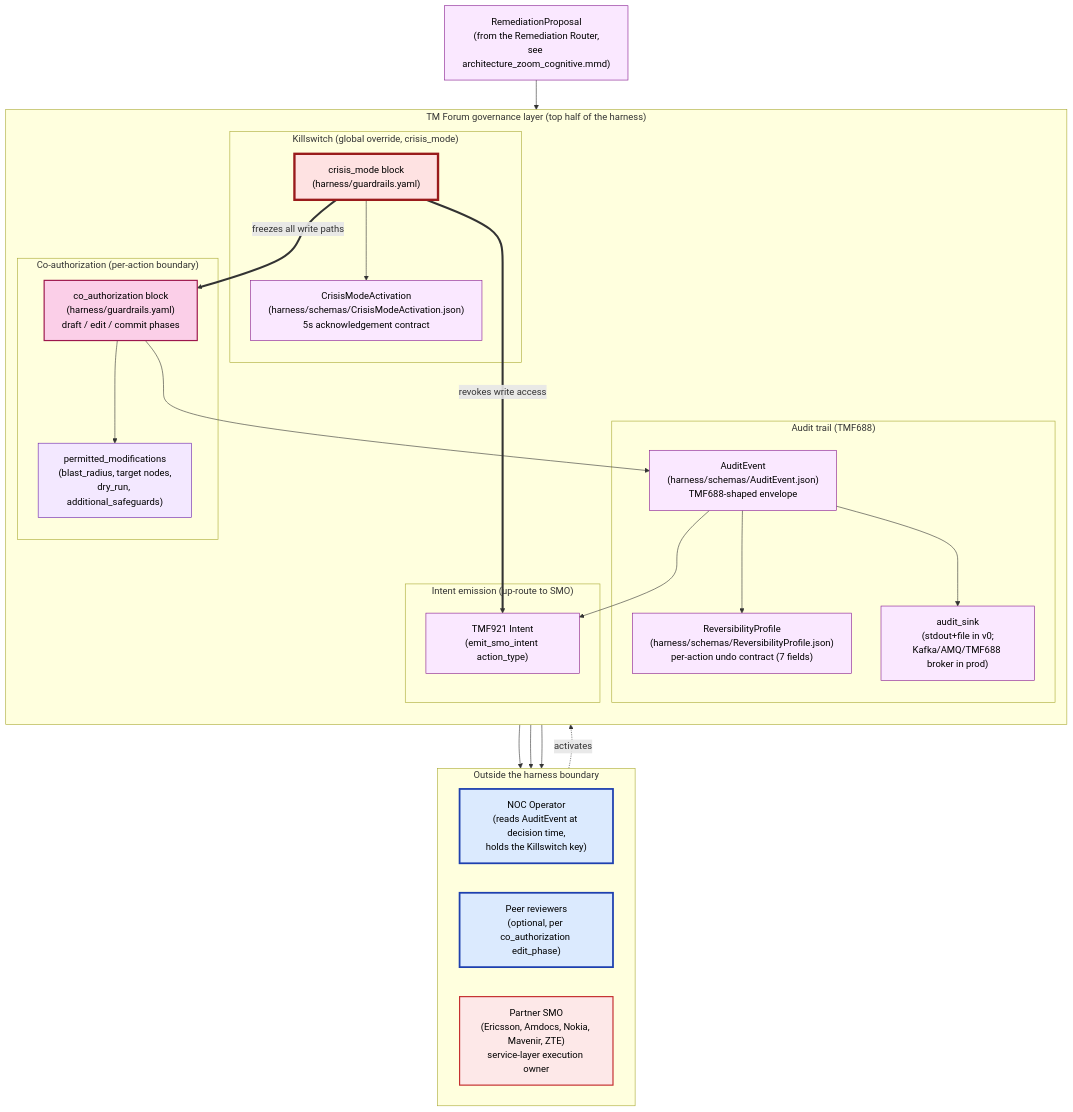
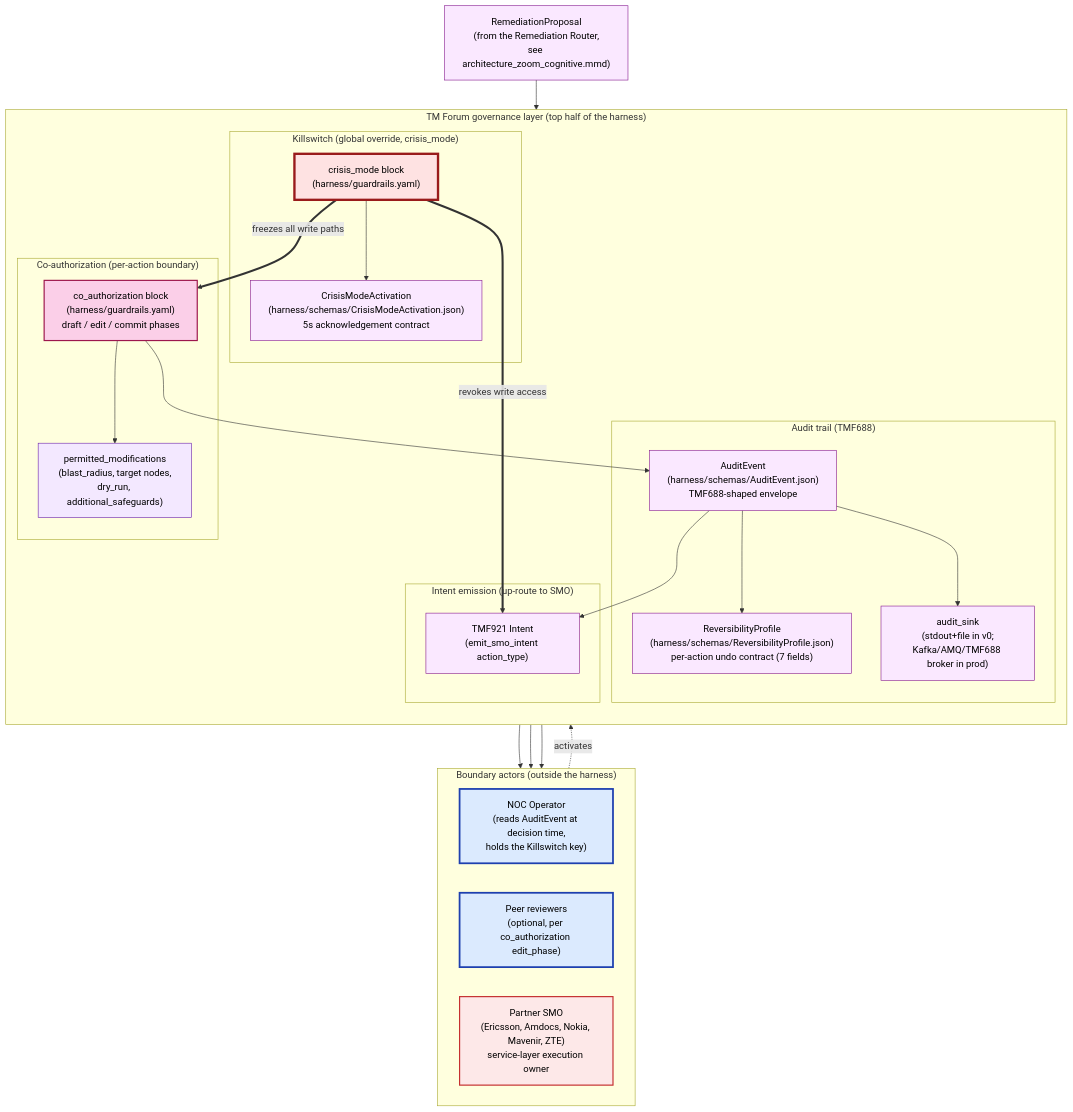
One commit to dkypuros/oran-agent-harness changed the diagram in talk/architecture_zoom_governance.mmd. Above: the diagram before and after it, drawn with Mermaid. The commit also changed 3 other files, not shown here.

```diff
--- a/talk/architecture_zoom_governance.mmd
+++ b/talk/architecture_zoom_governance.mmd
@@ -1,66 +1,66 @@
 %% architecture_zoom_governance.mmd
 %% Companion zoom diagram to talk/architecture.mmd (the macro view).
 %% Top half of the closed-loop system: TM Forum governance plus the human boundary.
 %% Covers TMF688 audit, Reversibility Profile, co-authorization, and the Killswitch (crisis_mode).
 %% Read alongside: talk/trust_loop.md, talk/killswitch.md, talk/oda_mapping.md.
 
 flowchart TB
 
-    subgraph Outside["Outside the harness boundary"]
+    subgraph Boundary["Boundary actors (outside the harness)"]
         direction LR
         Operator["NOC Operator<br/>(reads AuditEvent at decision time,<br/>holds the Killswitch key)"]:::human
         Peers["Peer reviewers<br/>(optional, per co_authorization edit_phase)"]:::human
         SMO["Partner SMO<br/>(Ericsson, Amdocs, Nokia, Mavenir, ZTE)<br/>service-layer execution owner"]:::external
     end
 
     subgraph Governance["TM Forum governance layer (top half of the harness)"]
         direction TB
 
-        subgraph KillLayer["Killswitch (global override, crisis_mode)"]
+        subgraph Killswitch_section["Killswitch (global override, crisis_mode)"]
             CrisisMode["crisis_mode block<br/>(harness/guardrails.yaml)"]:::killswitch
             CrisisActivation["CrisisModeActivation<br/>(harness/schemas/CrisisModeActivation.json)<br/>5s acknowledgement contract"]:::artifact
             CrisisMode --> CrisisActivation
         end
 
-        subgraph CoAuthLayer["Co-authorization (per-action boundary)"]
+        subgraph CoAuthorization["Co-authorization (per-action boundary)"]
             CoAuth["co_authorization block<br/>(harness/guardrails.yaml)<br/>draft / edit / commit phases"]:::guard
             EditPermissions["permitted_modifications<br/>(blast_radius, target nodes,<br/>dry_run, additional_safeguards)"]:::config
             CoAuth --> EditPermissions
         end
 
-        subgraph AuditLayer["Audit trail (TMF688)"]
+        subgraph AuditTrail["Audit trail (TMF688)"]
             AuditEvent["AuditEvent<br/>(harness/schemas/AuditEvent.json)<br/>TMF688-shaped envelope"]:::artifact
             ReversibilityProfile["ReversibilityProfile<br/>(harness/schemas/ReversibilityProfile.json)<br/>per-action undo contract (7 fields)"]:::artifact
             AuditSink["audit_sink<br/>(stdout+file in v0;<br/>Kafka/AMQ/TMF688 broker in prod)"]:::artifact
             AuditEvent --> ReversibilityProfile
             AuditEvent --> AuditSink
         end
 
-        subgraph IntentLayer["Intent emission (up-route to SMO)"]
+        subgraph IntentEmission["Intent emission (up-route to SMO)"]
             IntentEvent["TMF921 Intent<br/>(emit_smo_intent action_type)"]:::artifact
         end
     end
 
     %% Flows from the cognitive middle into governance (incoming edges from the macro view)
     Proposal["RemediationProposal<br/>(from the Remediation Router,<br/>see architecture_zoom_cognitive.mmd)"]:::artifact
 
     %% Decision flow
     Proposal --> CoAuth
     CoAuth --> AuditEvent
     AuditEvent --> Operator
     AuditEvent --> Peers
     AuditEvent --> IntentEvent
     IntentEvent --> SMO
 
     %% Killswitch overrides everything
     Operator -. "activates" .-> CrisisMode
     CrisisMode == "freezes all write paths" ==> CoAuth
     CrisisMode == "revokes write access" ==> IntentEvent
 
     %% Styling
     classDef human fill:#dbeafe,stroke:#1e40af,color:#000,stroke-width:3px
     classDef external fill:#fde8e8,stroke:#c53030,color:#000,stroke-width:2px
     classDef killswitch fill:#fee2e2,stroke:#991b1b,color:#000,stroke-width:4px
     classDef guard fill:#fbcfe8,stroke:#9d174d,color:#000,stroke-width:2px
     classDef config fill:#f3e8ff,stroke:#6b21a8,color:#000
     classDef artifact fill:#fae8ff,stroke:#86198f,color:#000
```
